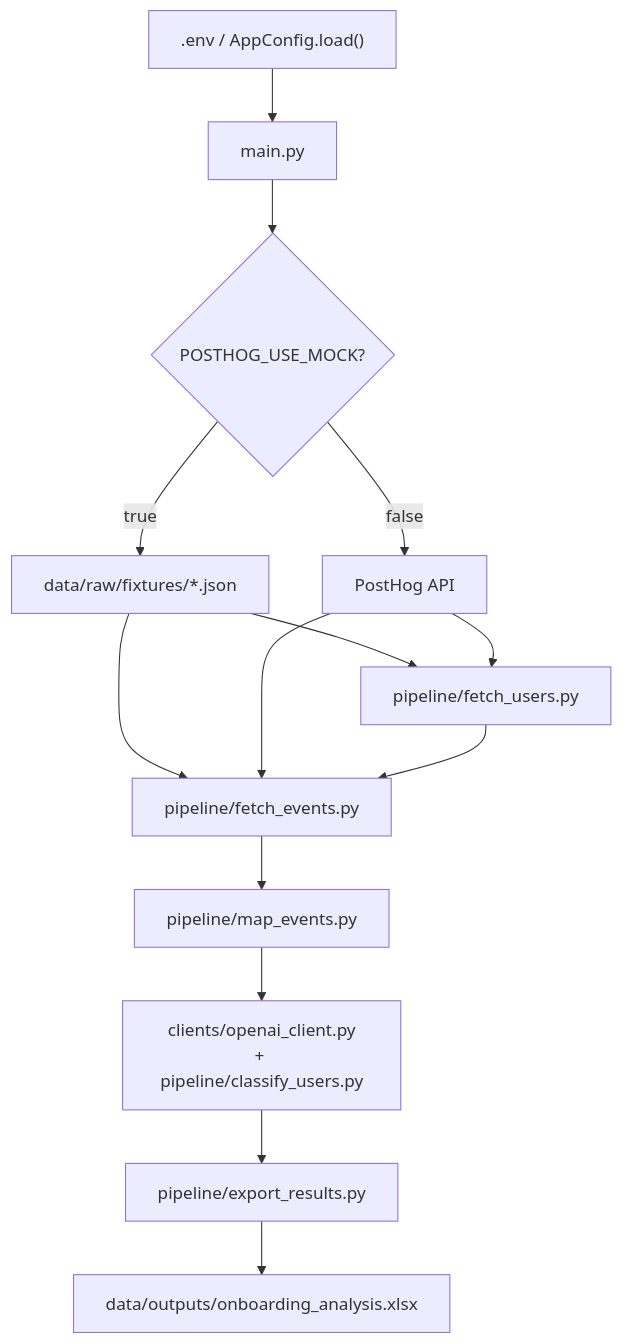
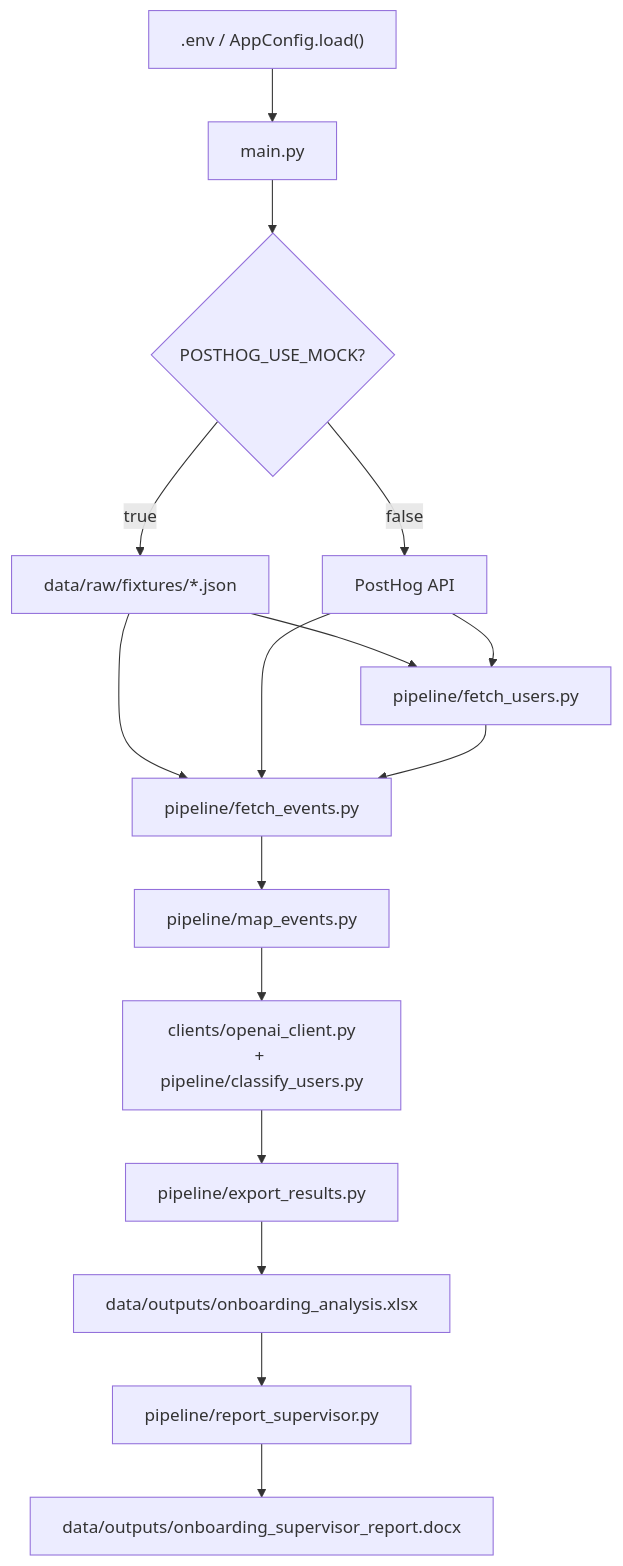
Before and after one commit to ivan-ict/focusbear-posthog-llm-analysis: the first of 2 diagrams in docs/architecture.md, drawn with Mermaid. The commit also changed other lines of this file and 16 other files, not shown here.

````diff
--- a/docs/architecture.md
+++ b/docs/architecture.md
@@ -20,28 +21,32 @@
 ```mermaid
 flowchart TD
     ENV[".env / AppConfig.load()"]
     MAIN["main.py"]
     MODE{"POSTHOG_USE_MOCK?"}
     FIXTURES["data/raw/fixtures/*.json"]
     PH["PostHog API"]
     FU["pipeline/fetch_users.py"]
     FE["pipeline/fetch_events.py"]
     MAP["pipeline/map_events.py"]
     OAI["clients/openai_client.py\n+ pipeline/classify_users.py"]
     EXP["pipeline/export_results.py"]
     XLSX["data/outputs/onboarding_analysis.xlsx"]
+    REPORT["pipeline/report_supervisor.py"]
+    DOCX["data/outputs/onboarding_supervisor_report.docx"]
 
     ENV --> MAIN
     MAIN --> MODE
     MODE -->|true| FIXTURES
     MODE -->|false| PH
     FIXTURES --> FU
     PH --> FU
     FIXTURES --> FE
     PH --> FE
     FU --> FE
     FE --> MAP
     MAP --> OAI
     OAI --> EXP
     EXP --> XLSX
+    XLSX --> REPORT
+    REPORT --> DOCX
 ```
````
